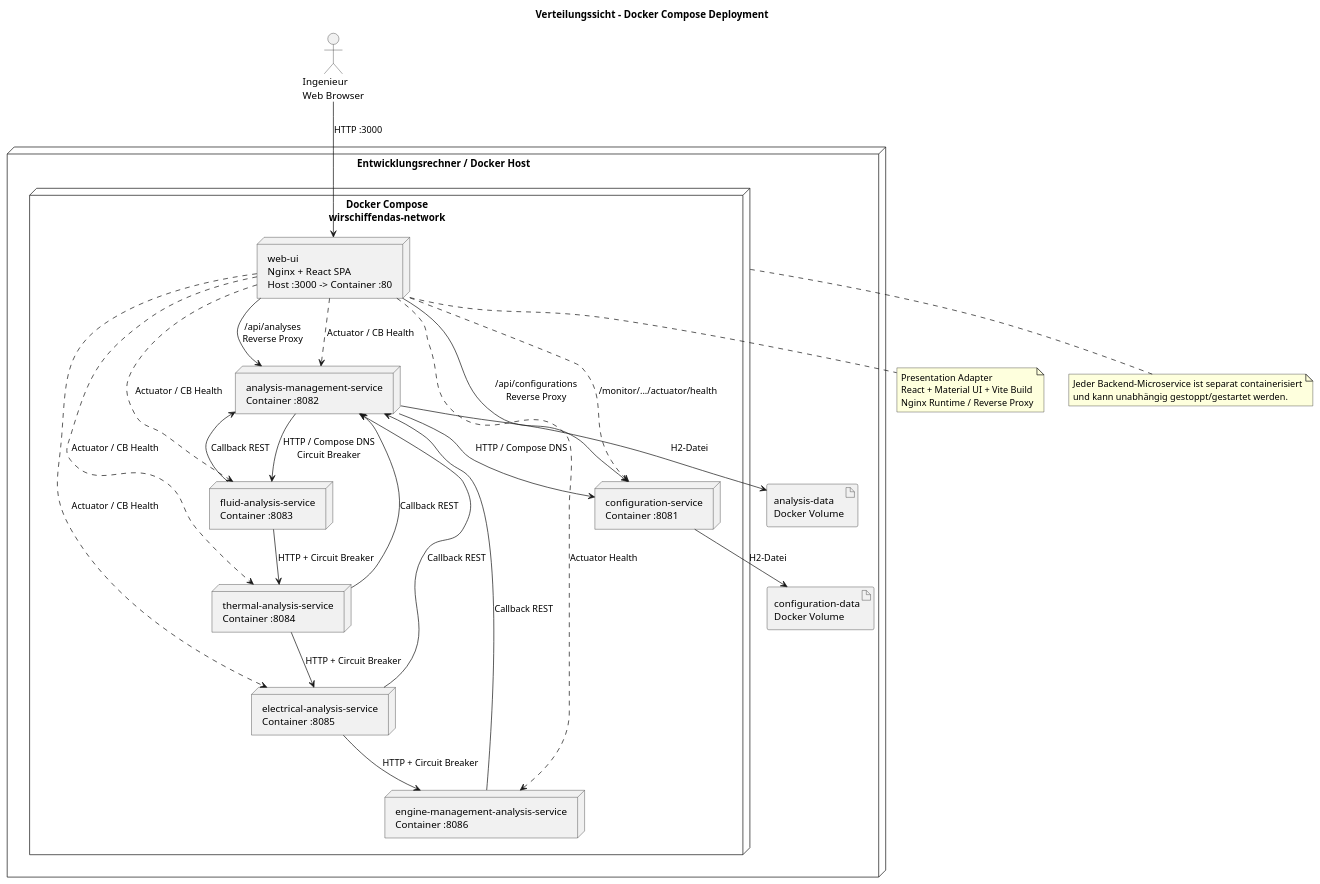
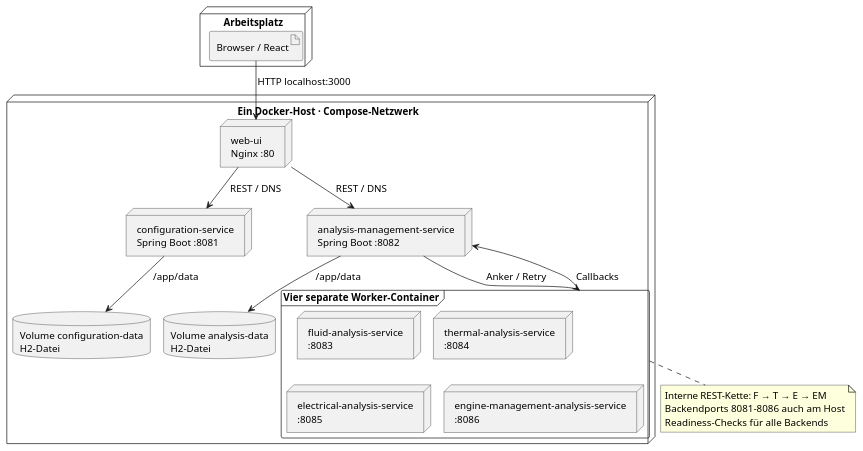
One commit to yunusemresirin/WirSchiffenDas changed the diagram in docs/diagrams/deployment.puml. Above: the diagram before and after it, drawn with PlantUML. The commit also changed 101 other files, not shown here.

```diff
--- a/docs/diagrams/deployment.puml
+++ b/docs/diagrams/deployment.puml
@@ -1,58 +1,41 @@
 @startuml
-skinparam componentStyle rectangle
-
-title Verteilungssicht – Docker Compose Deployment
-
-actor "Ingenieur\nWeb Browser" as Browser
-
-node "Entwicklungsrechner / Docker Host" as Host {
-    node "Docker Compose\nwirschiffendas-network" as Network {
-        node "web-ui\nNginx + React SPA\nHost :3000 -> Container :80" as WebUI
-        node "configuration-service\nContainer :8081" as Configuration
-        node "analysis-management-service\nContainer :8082" as Management
-        node "fluid-analysis-service\nContainer :8083" as Fluid
-        node "thermal-analysis-service\nContainer :8084" as Thermal
-        node "electrical-analysis-service\nContainer :8085" as Electrical
-        node "engine-management-analysis-service\nContainer :8086" as Engine
-    }
-
-    artifact "configuration-data\nDocker Volume" as ConfigVolume
-    artifact "analysis-data\nDocker Volume" as AnalysisVolume
+!pragma layout smetana
+skinparam backgroundColor white
+skinparam shadowing false
+skinparam defaultFontName Arial
+skinparam defaultFontSize 14
+skinparam packageStyle rectangle
+top to bottom direction
+node "Arbeitsplatz" as Client {
+  artifact "Browser / React" as Browser
 }
-
-Browser --> WebUI : HTTP :3000
-WebUI --> Configuration : /api/configurations\nReverse Proxy
-WebUI --> Management : /api/analyses\nReverse Proxy
-WebUI ..> Configuration : /monitor/.../actuator/health
-WebUI ..> Management : Actuator / CB Health
-WebUI ..> Fluid : Actuator / CB Health
-WebUI ..> Thermal : Actuator / CB Health
-WebUI ..> Electrical : Actuator / CB Health
-WebUI ..> Engine : Actuator Health
-
-Configuration --> ConfigVolume : H2-Datei
-Management --> AnalysisVolume : H2-Datei
-
-Management --> Configuration : HTTP / Compose DNS
-Management --> Fluid : HTTP / Compose DNS\nCircuit Breaker
-Fluid --> Thermal : HTTP + Circuit Breaker
-Thermal --> Electrical : HTTP + Circuit Breaker
-Electrical --> Engine : HTTP + Circuit Breaker
-
-Fluid --> Management : Callback REST
-Thermal --> Management : Callback REST
-Electrical --> Management : Callback REST
-Engine --> Management : Callback REST
-
-note bottom of WebUI
-  Presentation Adapter
-  React + Material UI + Vite Build
-  Nginx Runtime / Reverse Proxy
+node "Ein Docker-Host · Compose-Netzwerk" as Host {
+  node "web-ui\nNginx :80" as UI
+  node "configuration-service\nSpring Boot :8081" as C
+  node "analysis-management-service\nSpring Boot :8082" as M
+  frame "Vier separate Worker-Container" as W {
+    node "fluid-analysis-service\n:8083" as F
+    node "thermal-analysis-service\n:8084" as T
+    node "electrical-analysis-service\n:8085" as E
+    node "engine-management-analysis-service\n:8086" as EM
+    F -[hidden]right- T
+    E -[hidden]right- EM
+    F -[hidden]down- E
+    T -[hidden]down- EM
+  }
+  database "Volume configuration-data\nH2-Datei" as CD
+  database "Volume analysis-data\nH2-Datei" as MD
+}
+Browser --> UI : HTTP localhost:3000
+UI --> C : REST / DNS
+UI --> M : REST / DNS
+C --> CD : /app/data
+M --> MD : /app/data
+M --> W : Anker / Retry
+W --> M : Callbacks
+note bottom of W
+  Interne REST-Kette: F → T → E → EM
+  Backendports 8081–8086 auch am Host
+  Readiness-Checks für alle Backends
 end note
-
-note bottom of Network
-  Jeder Backend-Microservice ist separat containerisiert
-  und kann unabhängig gestoppt/gestartet werden.
-end note
-
 @enduml
```
